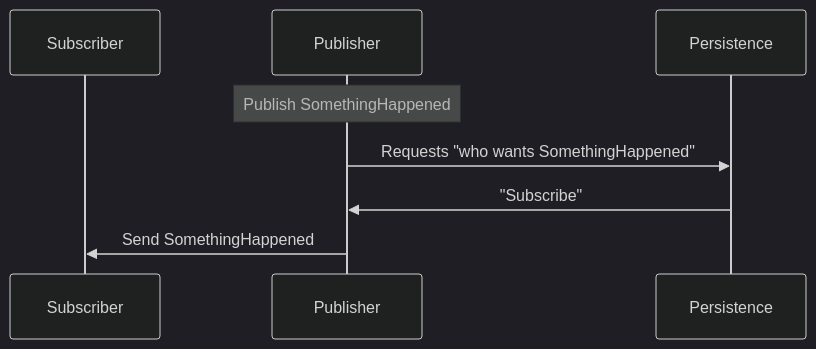
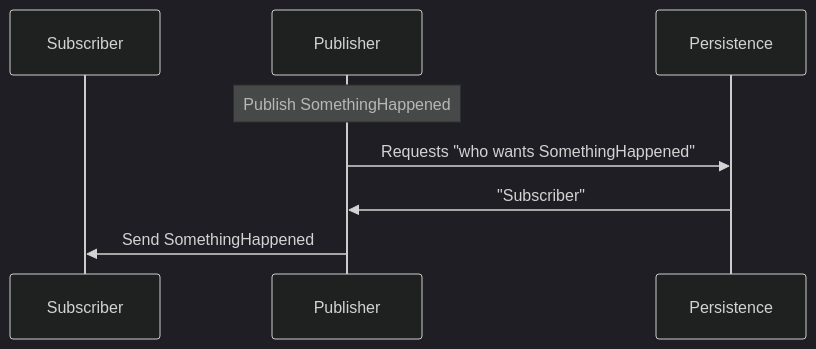
Before and after one commit to Particular/docs.particular.net: the first of 2 diagrams in samples/manual-unsubscribe/sample.md, drawn with Mermaid (dark theme). The commit also changed other lines of this file, not shown here.

````diff
--- a/samples/manual-unsubscribe/sample.md
+++ b/samples/manual-unsubscribe/sample.md
@@ -33,10 +33,10 @@
 ```mermaid
 sequenceDiagram
 Participant Subscriber
 Participant Publisher
 Participant Persistence
 Note over Publisher: Publish SomethingHappened
 Publisher ->> Persistence: Requests "who wants SomethingHappened"
-Persistence ->> Publisher: "Subscribe"
+Persistence ->> Publisher: "Subscriber"
 Publisher ->> Subscriber: Send SomethingHappened
 ```
````
